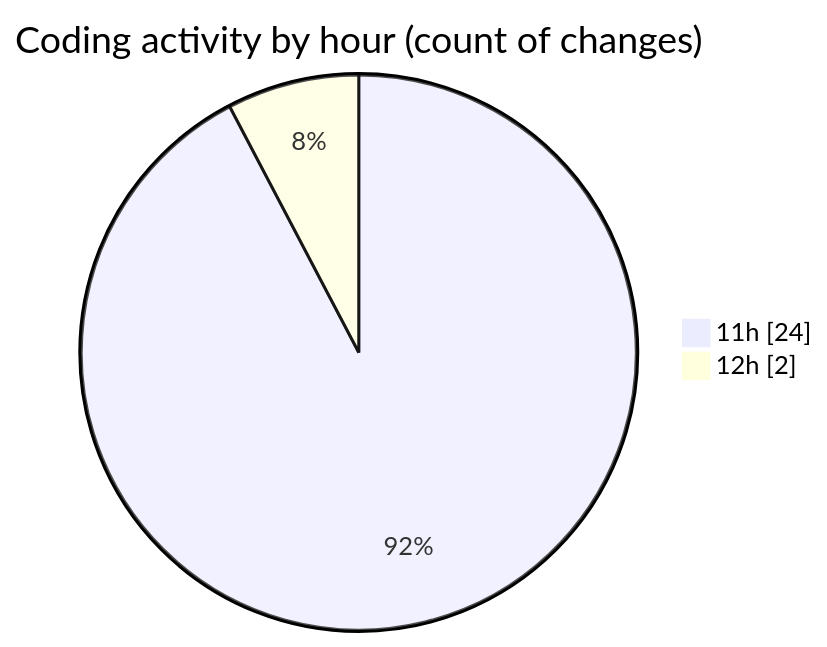
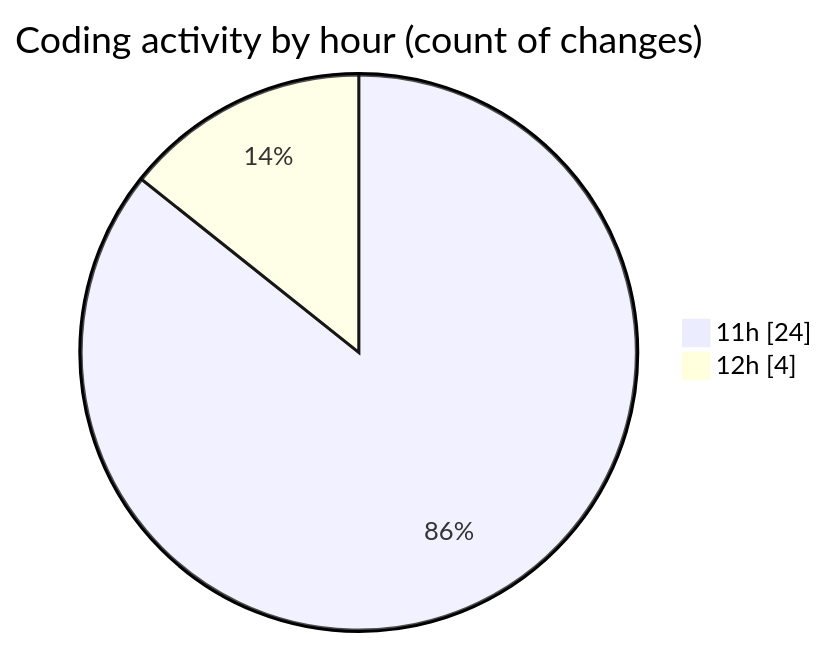
Before and after one commit to vahidmafi/code-tracking: the second of 2 diagrams in 2025-07-21/shop/README.md, drawn with Mermaid. The commit also changed other lines of this file and 1 other file, not shown here.

````diff
--- a/2025-07-21/shop/README.md
+++ b/2025-07-21/shop/README.md
@@ -30,6 +30,6 @@
 ```mermaid
 pie showData
 title Coding activity by hour (count of changes)
 "11h" : 24
-"12h" : 2
+"12h" : 4
 ```
````
